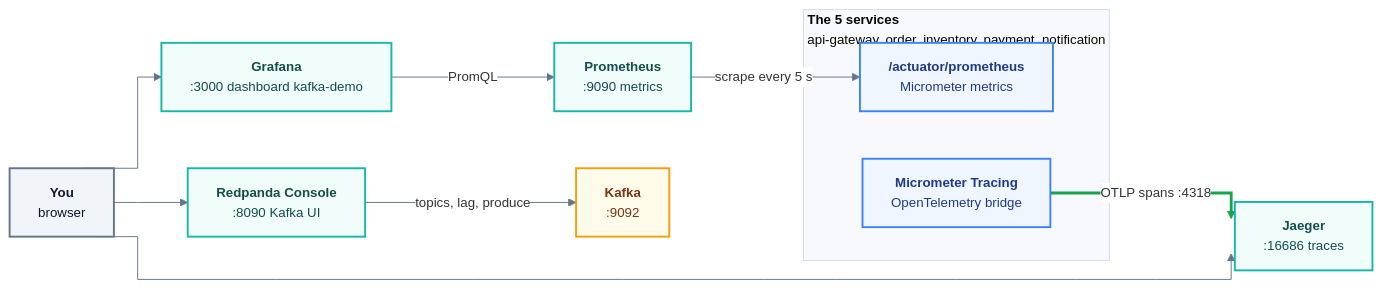
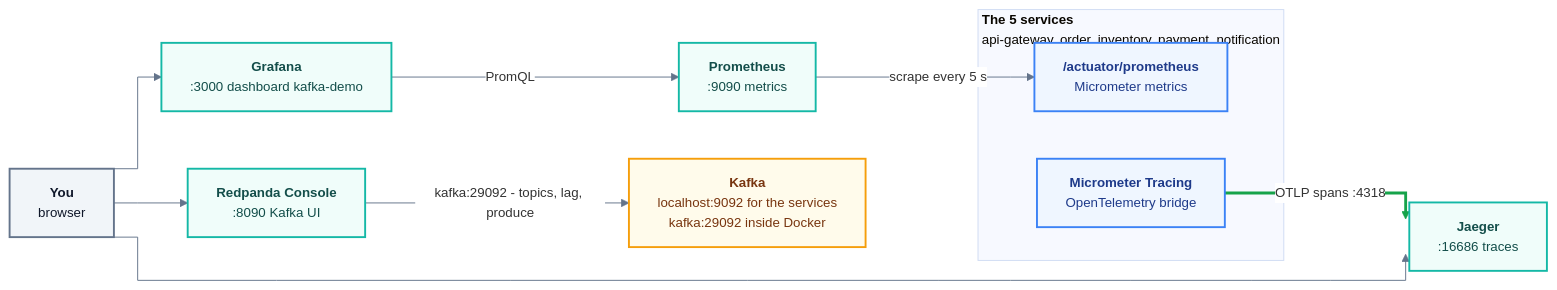
The third of 3 diagrams in README.md (haidakto321/kafka-microservies), drawn with Mermaid before and after one commit. The commit also changed other lines of this file and 6 other files, not shown here.

First line of the commit message:
fix(scripts): fail fast on busy ports and dead processes; diagram fixes

````diff
--- a/README.md
+++ b/README.md
@@ -130,28 +132,28 @@
 ```mermaid
 %%{init: {'theme':'base', 'flowchart': {'curve':'stepAfter'}, 'themeVariables': {'fontSize':'14px', 'fontFamily':'Segoe UI, Arial', 'lineColor':'#64748b', 'edgeLabelBackground':'#ffffff'}}}%%
 flowchart LR
     subgraph APPS["<b>The 5 services</b><br/>api-gateway, order, inventory, payment, notification"]
         ACT["<b>/actuator/prometheus</b><br/>Micrometer metrics"]:::blue
         OTEL["<b>Micrometer Tracing</b><br/>OpenTelemetry bridge"]:::blue
     end
     JAEGER["<b>Jaeger</b><br/>:16686 traces"]:::teal
     PROM["<b>Prometheus</b><br/>:9090 metrics"]:::teal
     GRAF["<b>Grafana</b><br/>:3000 dashboard kafka-demo"]:::teal
-    KAFKA["<b>Kafka</b><br/>:9092"]:::amber
+    KAFKA["<b>Kafka</b><br/>localhost:9092 for the services<br/>kafka:29092 inside Docker"]:::amber
     CONSOLE["<b>Redpanda Console</b><br/>:8090 Kafka UI"]:::teal
     YOU["<b>You</b><br/>browser"]:::grey
 
     OTEL ==>|OTLP spans :4318| JAEGER
     PROM -->|scrape every 5 s| ACT
     GRAF -->|PromQL| PROM
-    CONSOLE -->|topics, lag, produce| KAFKA
+    CONSOLE -->|kafka:29092 - topics, lag, produce| KAFKA
     YOU --> JAEGER
     YOU --> GRAF
     YOU --> CONSOLE
 
     classDef grey stroke:#64748b,fill:#f1f5f9,stroke-width:2px,color:#0f172a
     classDef blue stroke:#3b82f6,fill:#eff6ff,stroke-width:2px,color:#1e3a8a
     classDef teal stroke:#14b8a6,fill:#f0fdfa,stroke-width:2px,color:#134e4a
     classDef amber stroke:#f59e0b,fill:#fffbeb,stroke-width:2px,color:#78350f
     linkStyle 0 stroke:#16a34a,stroke-width:3px
 ```
````
